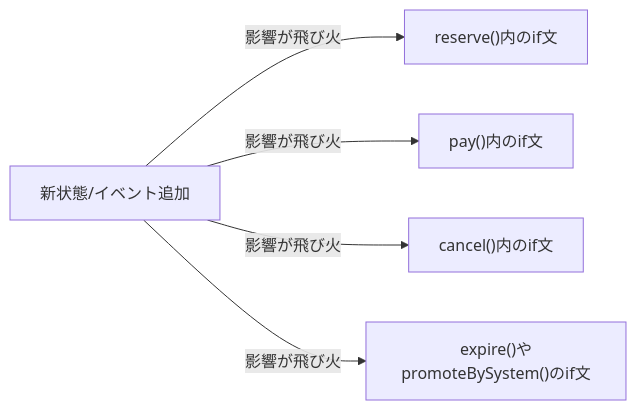
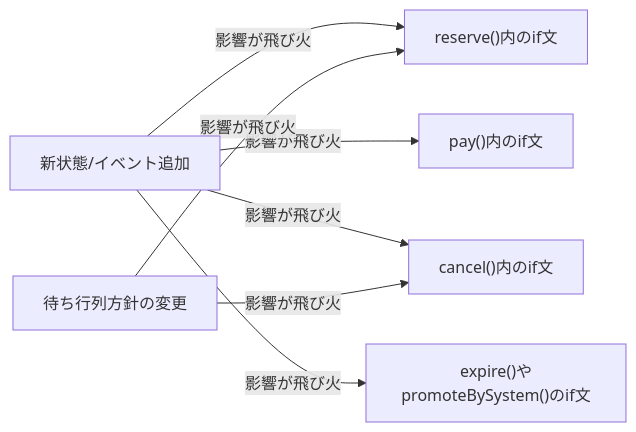
One commit to kumachan1101-pixel/DesignPattern changed the ninth of 16 diagrams in kindle/design-patterns/books/volume01-core-patterns/output/chapter02.md. Above: the diagram before and after it, drawn with Mermaid. The commit also changed other lines of this file and 13 other files, not shown here.

````diff
--- a/kindle/design-patterns/books/volume01-core-patterns/output/chapter02.md
+++ b/kindle/design-patterns/books/volume01-core-patterns/output/chapter02.md
@@ -1278,7 +1278,9 @@
 ```mermaid
 graph LR
     T1["新状態/イベント追加"] -->|"影響が飛び火"| A["reserve()内のif文"]
     T1 -->|"影響が飛び火"| B["pay()内のif文"]
     T1 -->|"影響が飛び火"| C["cancel()内のif文"]
     T1 -->|"影響が飛び火"| D["expire()やpromoteBySystem()のif文"]
+    T2["待ち行列方針の変更"] -->|"影響が飛び火"| A
+    T2 -->|"影響が飛び火"| C
 ```
````
